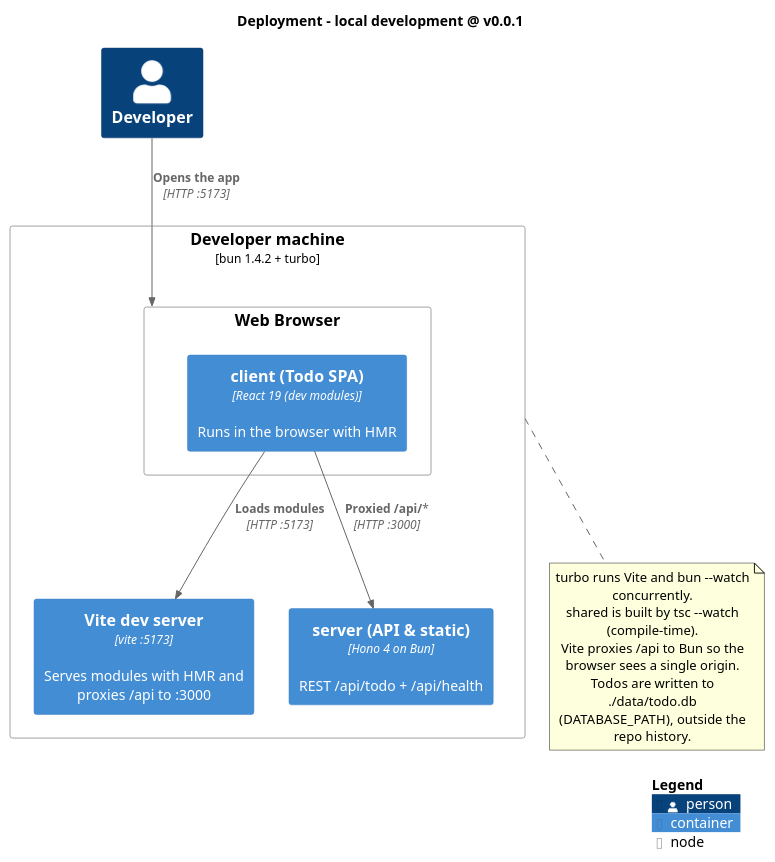
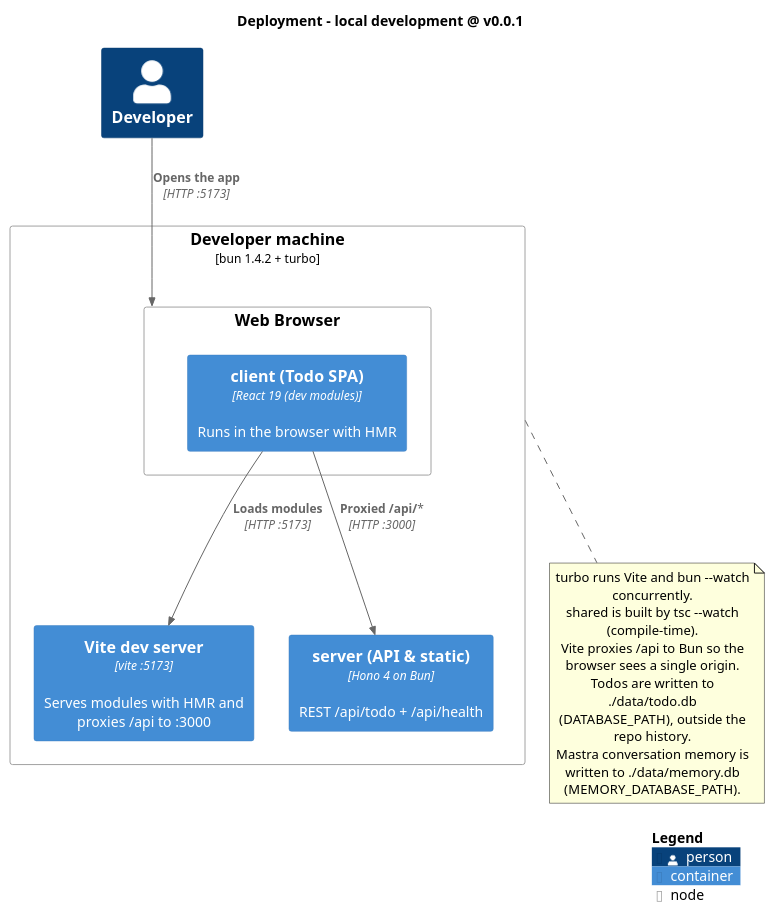
Before and after one commit to MemoryIt/todo: the diagram in docs/architecture/diagrams/06a-deployment-local-dev.puml, drawn with PlantUML. The commit also changed 5 other files, not shown here.

First line of the commit message:
docs(config): configure and document the Mastra memory database

```diff
--- a/docs/architecture/diagrams/06a-deployment-local-dev.puml
+++ b/docs/architecture/diagrams/06a-deployment-local-dev.puml
@@ -1,27 +1,28 @@
 @startuml
 !include <C4/C4_Deployment>
 title Deployment - local development @ v0.0.1
 
 Person(dev, "Developer")
 
 Deployment_Node(devMachine, "Developer machine", "bun 1.4.2 + turbo") {
   Deployment_Node(browser, "Web Browser") {
     Container(client, "client (Todo SPA)", "React 19 (dev modules)", "Runs in the browser with HMR")
   }
   Container(vite, "Vite dev server", "vite :5173", "Serves modules with HMR and proxies /api to :3000")
   Container(server, "server (API & static)", "Hono 4 on Bun", "REST /api/todo + /api/health")
 }
 
 Rel(dev, browser, "Opens the app", "HTTP :5173")
 Rel(client, vite, "Loads modules", "HTTP :5173")
 Rel(client, server, "Proxied /api/*", "HTTP :3000")
 
 note bottom of devMachine
   turbo runs Vite and bun --watch concurrently.
   shared is built by tsc --watch (compile-time).
   Vite proxies /api to Bun so the browser sees a single origin.
   Todos are written to ./data/todo.db (DATABASE_PATH), outside the repo history.
+  Mastra conversation memory is written to ./data/memory.db (MEMORY_DATABASE_PATH).
 end note
 
 SHOW_LEGEND()
 @enduml
```
